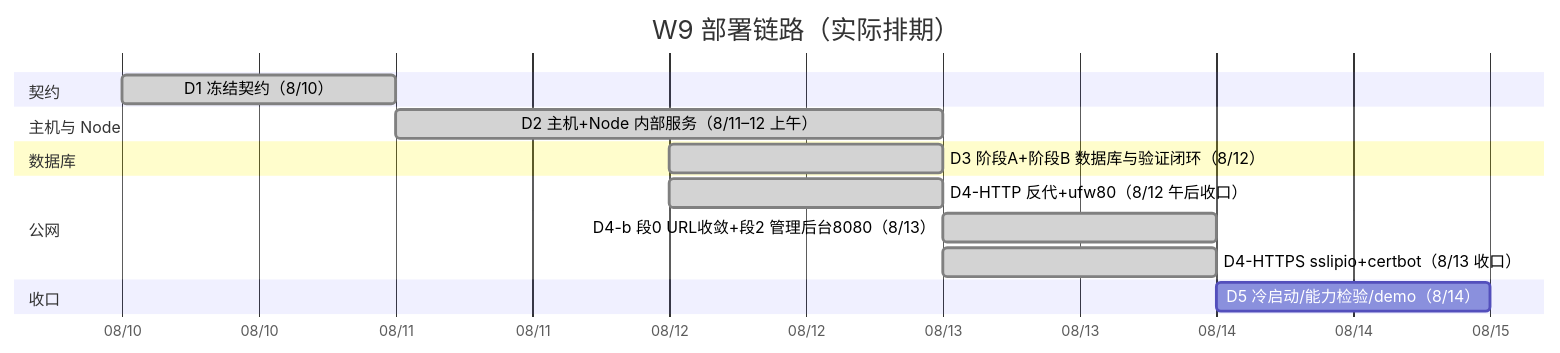
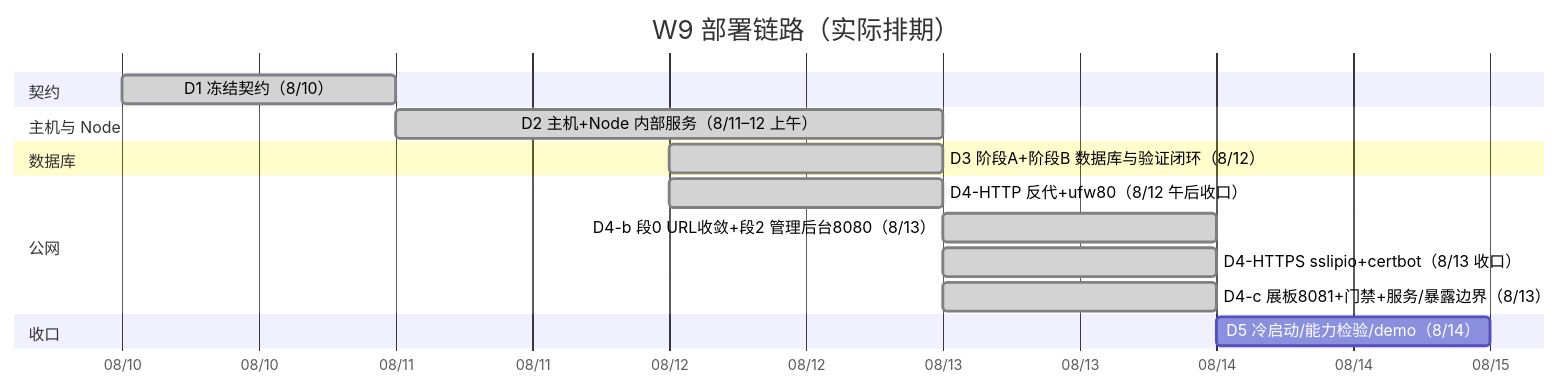
One commit to NiceFreak/nodejs-skillup changed the second of 8 diagrams in week9-deployment/notes/week9-roadmap-d1-d4.md. Above: the diagram before and after it, drawn with Mermaid. The commit also changed other lines of this file and 2 other files, not shown here.

````diff
--- a/week9-deployment/notes/week9-roadmap-d1-d4.md
+++ b/week9-deployment/notes/week9-roadmap-d1-d4.md
@@ -47,19 +49,20 @@
 ```mermaid
 gantt
     title W9 部署链路（实际排期）
     dateFormat  YYYY-MM-DD
     axisFormat  %m/%d
 
     section 契约
     D1 冻结契约（8/10）          :done, d1, 2026-08-10, 1d
     section 主机与 Node
     D2 主机+Node 内部服务（8/11–12 上午） :done, d2, 2026-08-11, 2d
     section 数据库
     D3 阶段A+阶段B 数据库与验证闭环（8/12） :done, d3, 2026-08-12, 1d
     section 公网
     D4-HTTP 反代+ufw80（8/12 午后收口） :done, d4h, 2026-08-12, 1d
     D4-b 段0 URL收敛+段2 管理后台8080（8/13） :done, d4b, 2026-08-13, 1d
     D4-HTTPS sslipio+certbot（8/13 收口） :done, d4s, 2026-08-13, 1d
+    D4-c 展板8081+门禁+服务/暴露边界（8/13） :done, d4c, 2026-08-13, 1d
     section 收口
     D5 冷启动/能力检验/demo（8/14）      :d5, after d4s, 1d
 ```
````
